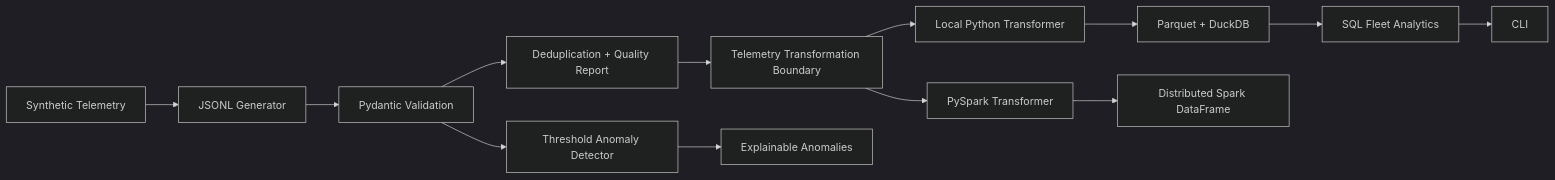
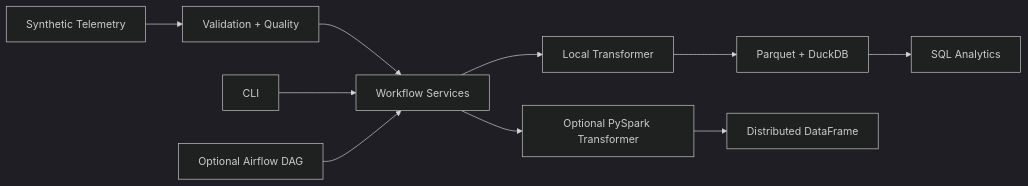
One commit to AmirHosseinAlikhahMishamandani/orbitops-data-lab changed the diagram in README.md. Above: the diagram before and after it, drawn with Mermaid (dark theme). The commit also changed other lines of this file and 4 other files, not shown here.

````diff
--- a/README.md
+++ b/README.md
@@ -29,15 +29,12 @@
 ```mermaid
 flowchart LR
-    A[Synthetic Telemetry] --> B[JSONL Generator]
-    B --> C[Pydantic Validation]
-    C --> D[Deduplication + Quality Report]
-    D --> E[Telemetry Transformation Boundary]
-    E --> F[Local Python Transformer]
-    E --> S[PySpark Transformer]
-    F --> G[Parquet + DuckDB]
-    S --> T[Distributed Spark DataFrame]
-    C --> H[Threshold Anomaly Detector]
-    G --> I[SQL Fleet Analytics]
-    H --> K[Explainable Anomalies]
-    I --> L[CLI]
+    A[Synthetic Telemetry] --> B[Validation + Quality]
+    B --> C[Workflow Services]
+    C --> D[Local Transformer]
+    C --> S[Optional PySpark Transformer]
+    D --> E[Parquet + DuckDB]
+    S --> F[Distributed DataFrame]
+    E --> G[SQL Analytics]
+    H[CLI] --> C
+    I[Optional Airflow DAG] --> C
 ```
````
